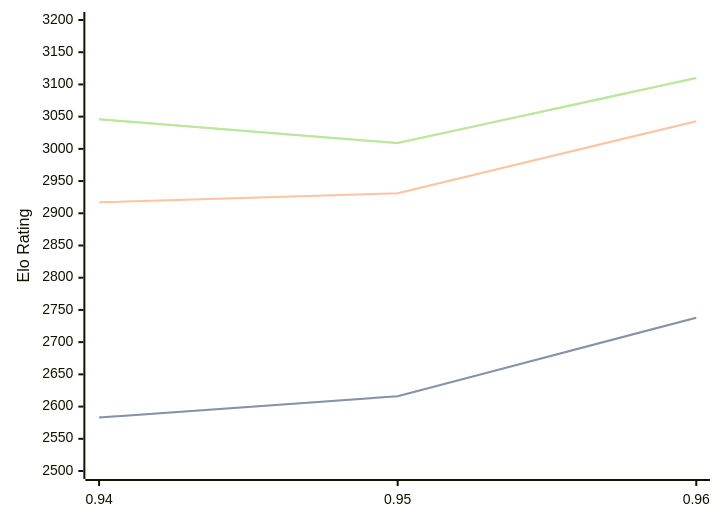
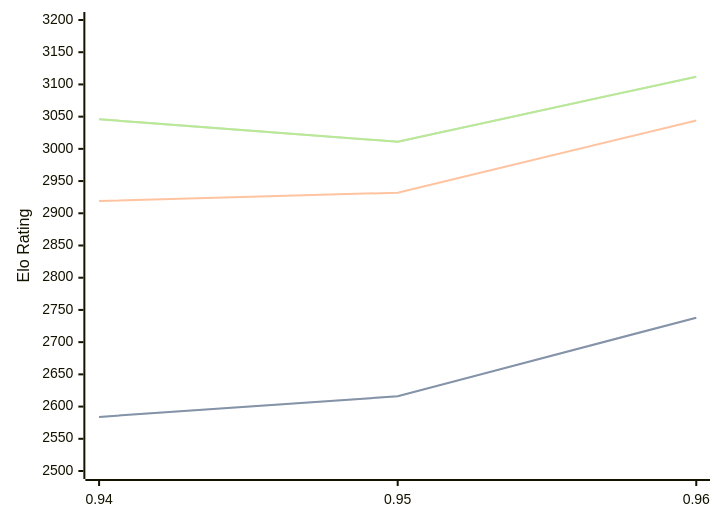
One commit to computer-chess-index/cci changed the diagram in engines/Myrddin.md. Above: the diagram before and after it, drawn with Mermaid. The commit also changed other lines of this file, not shown here.

Commit message:
Update CCI Ratings (ELO VLTC) - 2026-07-23

````diff
--- a/engines/Myrddin.md
+++ b/engines/Myrddin.md
@@ -38,11 +38,11 @@
 ```mermaid
 %%{init: {"theme":"base","themeVariables":{"seriesColors:['#a3a3a3','#222221','#faa371']}}}%%
 xychart-beta
   x-axis ["0.94", "0.95", "0.96"]
   y-axis "Elo Rating" 2500 --> 3200
-  line "STC (8.0+0.08s)" [2583, 2616, 2738]
-  line "STC (8.0+0.08s)" [2583, 2616, 2738]
-  line "LTC (60.0+0.60s)" [2917, 2931, 3043]
-  line "VLTC (2m24s+1.12s)" [3046, 3009, 3110]
-  line "VLTC (2m24s+1.12s)" [3046, 3009, 3110]
+  line "STC (8.0+0.08s)" [2584, 2616, 2738]
+  line "STC (8.0+0.08s)" [2584, 2616, 2738]
+  line "LTC (60.0+0.60s)" [2919, 2932, 3044]
+  line "VLTC (2m24s+1.12s)" [3046, 3011, 3112]
+  line "VLTC (2m24s+1.12s)" [3046, 3011, 3112]
 ```
````
